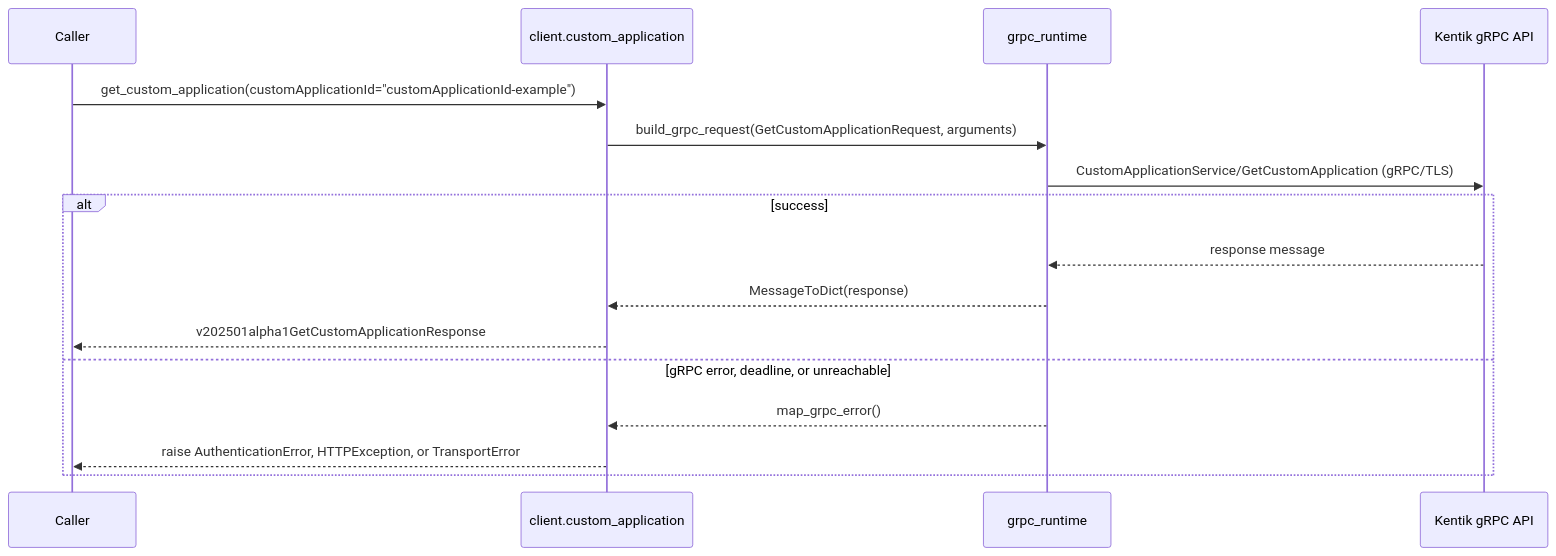
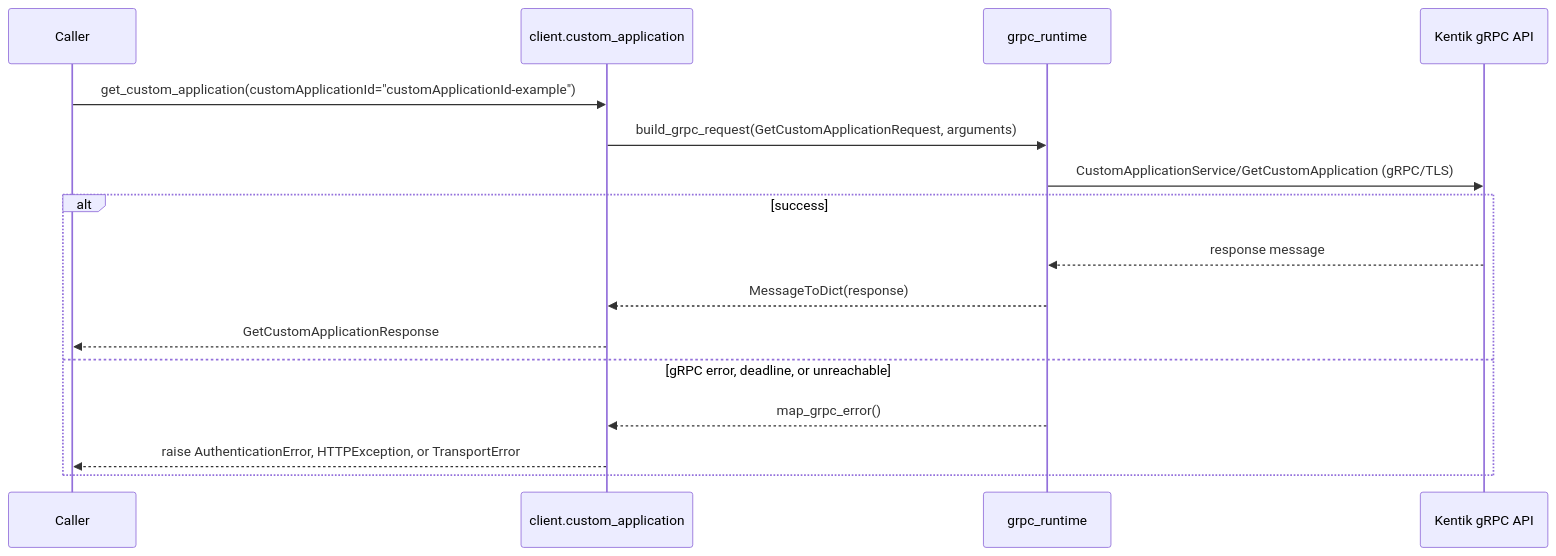
The seventh of 12 diagrams in docs/sphinx/services/custom_application.md (alexdearaujo/community_sdk_python), drawn with Mermaid before and after one commit. The commit also changed other lines of this file and 38 other files, not shown here.

````diff
--- a/docs/sphinx/services/custom_application.md
+++ b/docs/sphinx/services/custom_application.md
@@ -203,19 +203,19 @@
 ```mermaid
 sequenceDiagram
     participant C as Caller
     participant W as client.custom_application
     participant R as grpc_runtime
     participant API as Kentik gRPC API
 
     C->>W: get_custom_application(customApplicationId="customApplicationId-example")
     W->>R: build_grpc_request(GetCustomApplicationRequest, arguments)
     R->>API: CustomApplicationService/GetCustomApplication (gRPC/TLS)
     alt success
         API-->>R: response message
         R-->>W: MessageToDict(response)
-        W-->>C: v202501alpha1GetCustomApplicationResponse
+        W-->>C: GetCustomApplicationResponse
     else gRPC error, deadline, or unreachable
         R-->>W: map_grpc_error()
         W-->>C: raise AuthenticationError, HTTPException, or TransportError
     end
 ```
````
